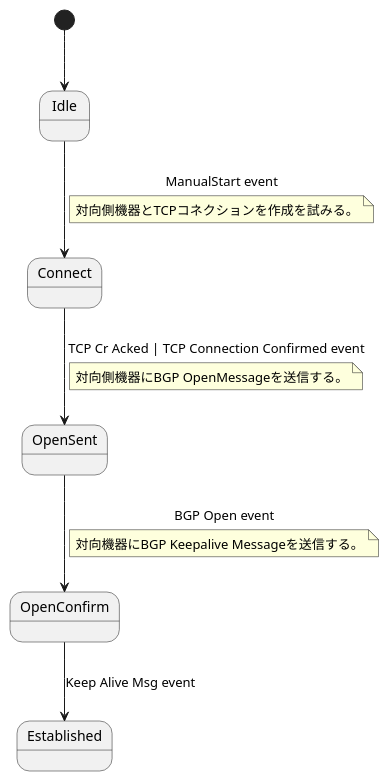
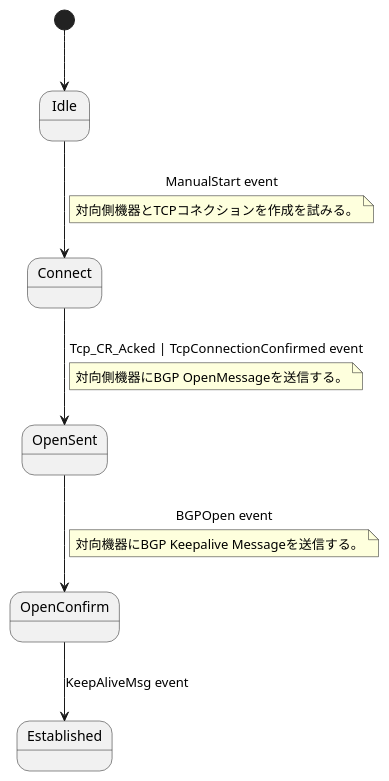
Before and after one commit to Miyoshi-Ryota/how-to-create-bgp: the third of 4 diagrams in howtocreatebgpd.adoc, drawn with PlantUML. The commit also changed other lines of this file, not shown here.

```diff
--- a/howtocreatebgpd.adoc
+++ b/howtocreatebgpd.adoc
@@ -312,27 +323,27 @@
 [plantuml,title="第一段階で実装するステートマシン"]
 ----
 @startuml
 
 state Idle
 state Connect
 state OpenConfirm
 state OpenSent
 state Established
 
 [*] --> Idle
 Idle --> Connect : ManualStart event
 note on link
    対向側機器とTCPコネクションを作成を試みる。
 end note
-Connect --> OpenSent : TCP Cr Acked | TCP Connection Confirmed event
+Connect --> OpenSent : Tcp_CR_Acked | TcpConnectionConfirmed event
 note on link
    対向側機器にBGP OpenMessageを送信する。
 end note
-OpenSent --> OpenConfirm : BGP Open event
+OpenSent --> OpenConfirm : BGPOpen event
 note on link
     対向機器にBGP Keepalive Messageを送信する。
 end note
-OpenConfirm --> Established : Keep Alive Msg event
+OpenConfirm --> Established : KeepAliveMsg event
 
 @enduml
 ----
```
